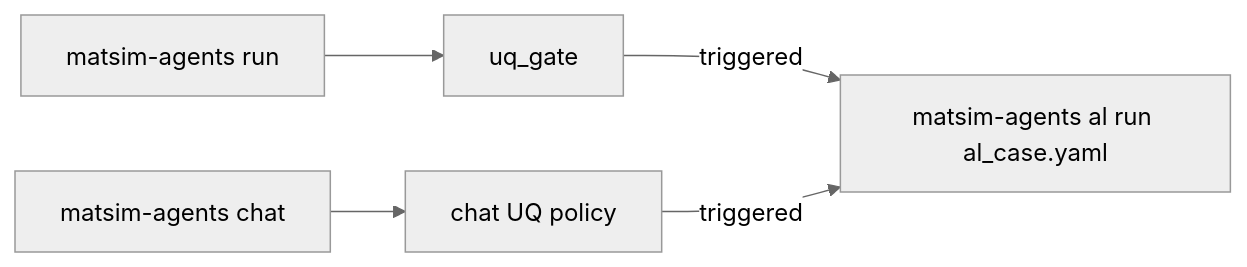
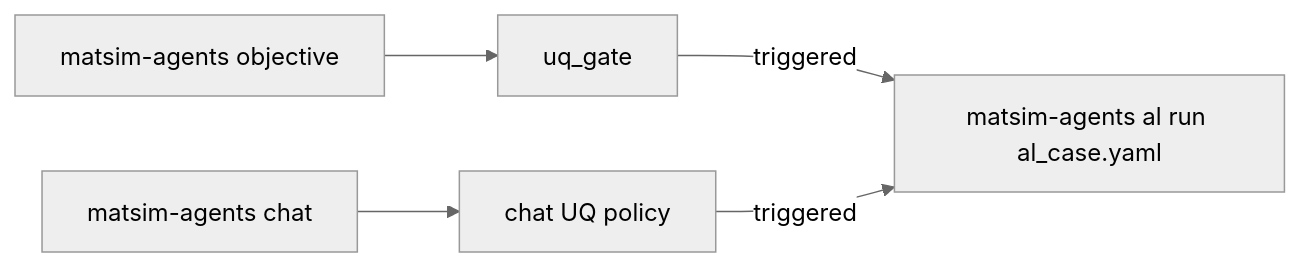
One commit to ORNL/matsim-agents changed the diagram in examples/paper_cases/README.md. Above: the diagram before and after it, drawn with Mermaid (neutral theme). The commit also changed other lines of this file and 26 other files, not shown here.

Commit message:
Docs, examples and deployment scripts: use validate/run/objective; port usability tests

````diff
--- a/examples/paper_cases/README.md
+++ b/examples/paper_cases/README.md
@@ -38,7 +38,7 @@
 ```mermaid
 flowchart LR
-  RG[matsim-agents run] --> RU[uq_gate]
+  RG[matsim-agents objective] --> RU[uq_gate]
   CH[matsim-agents chat] --> CQ[chat UQ policy]
   RU -->|triggered| AL[matsim-agents al run al_case.yaml]
   CQ -->|triggered| AL
 ```
````
